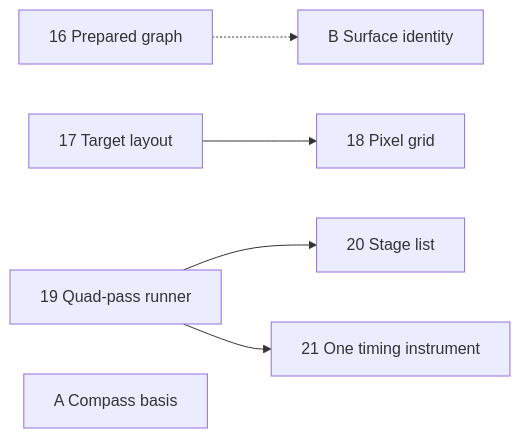
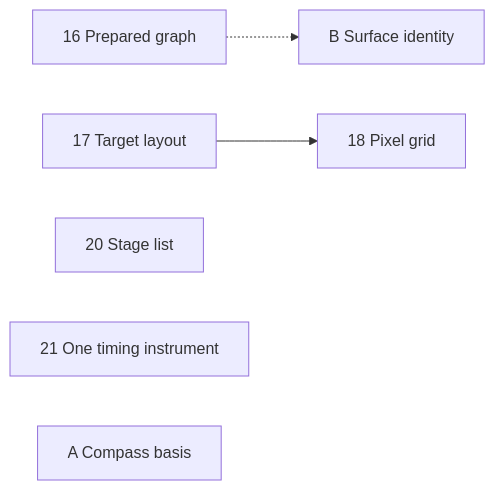
One commit to jonjaques/inertialref changed the diagram in design/plans/arch-review.md. Above: the diagram before and after it, drawn with Mermaid. The commit also changed other lines of this file and 12 other files, not shown here.

First line of the commit message:
refactor: one runner draws every quad pass (#125)

````diff
--- a/design/plans/arch-review.md
+++ b/design/plans/arch-review.md
@@ -69,9 +71,9 @@
 ```mermaid
 flowchart LR
   P16[16 Prepared graph]
   P17[17 Target layout] --> P18[18 Pixel grid]
-  P19[19 Quad-pass runner] --> P20[20 Stage list]
-  P19 --> P21[21 One timing instrument]
+  P20[20 Stage list]
+  P21[21 One timing instrument]
   A[A Compass basis]
   P16 -.-> B[B Surface identity]
 ```
````
